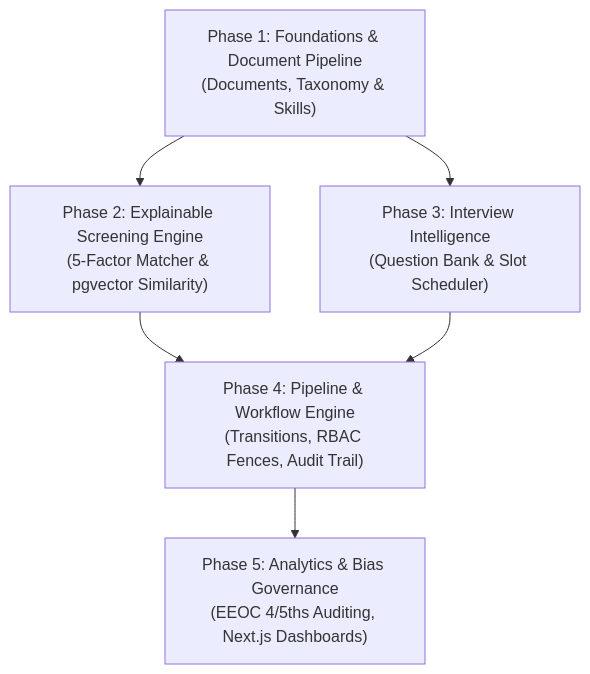
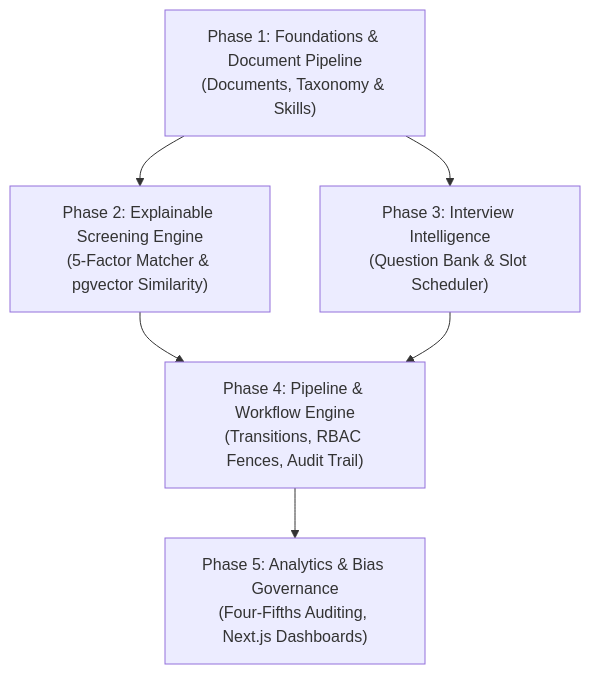
One commit to bhargavreddy03/AI_HR-version-2.0- changed the fourth of 4 diagrams in docs/implementation/STEP_3_9_LEGACY_INTEGRATION_PREPARATION.md. Above: the diagram before and after it, drawn with Mermaid. The commit also changed other lines of this file, not shown here.

````diff
--- a/docs/implementation/STEP_3_9_LEGACY_INTEGRATION_PREPARATION.md
+++ b/docs/implementation/STEP_3_9_LEGACY_INTEGRATION_PREPARATION.md
@@ -404,14 +396,14 @@
 ```mermaid
 flowchart TD
     M1["Phase 1: Foundations & Document Pipeline<br/>(Documents, Taxonomy & Skills)"]
     M2["Phase 2: Explainable Screening Engine<br/>(5-Factor Matcher & pgvector Similarity)"]
     M3["Phase 3: Interview Intelligence<br/>(Question Bank & Slot Scheduler)"]
     M4["Phase 4: Pipeline & Workflow Engine<br/>(Transitions, RBAC Fences, Audit Trail)"]
-    M5["Phase 5: Analytics & Bias Governance<br/>(EEOC 4/5ths Auditing, Next.js Dashboards)"]
+    M5["Phase 5: Analytics & Bias Governance<br/>(Four-Fifths Auditing, Next.js Dashboards)"]
 
     M1 --> M2
     M1 --> M3
     M2 --> M4
     M3 --> M4
     M4 --> M5
 ```
````
